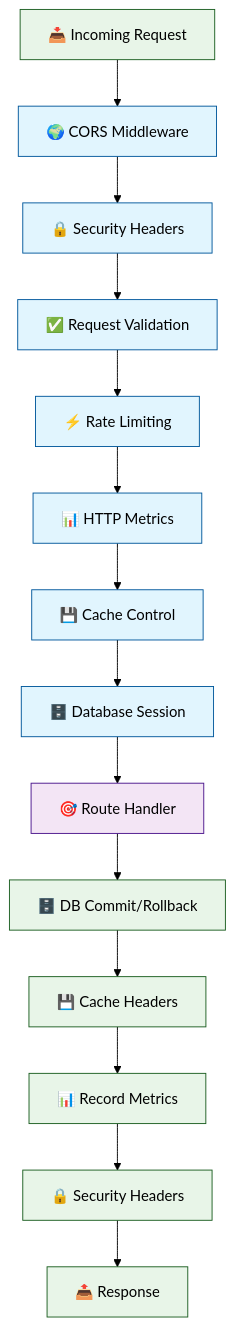
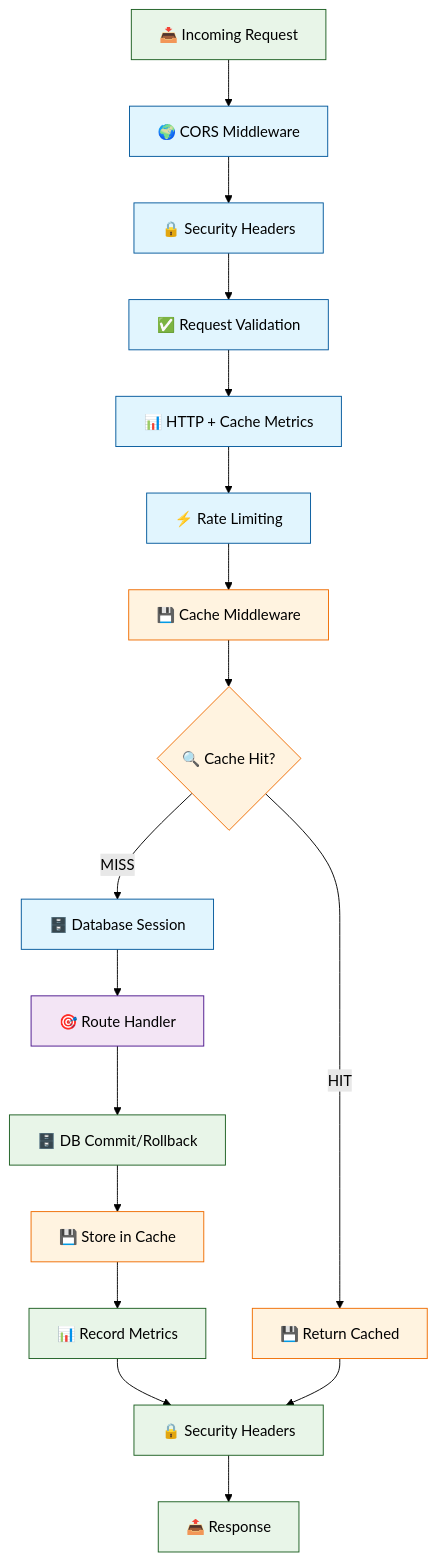
The first of 9 diagrams in gateway/src/middleware/README.md (ZhuchkaTriplesix/ZhuchkaKeyboards), drawn with Mermaid (forest theme) before and after one commit. The commit also changed other lines of this file and 12 other files, not shown here.

````diff
--- a/gateway/src/middleware/README.md
+++ b/gateway/src/middleware/README.md
@@ -7,25 +7,30 @@
 ```mermaid
 graph TD
     Request[📥 Incoming Request] --> CORS[🌍 CORS Middleware]
     CORS --> Security[🔒 Security Headers]
     Security --> Validation[✅ Request Validation]
-    Validation --> RateLimit[⚡ Rate Limiting]
-    RateLimit --> Metrics[📊 HTTP Metrics]
-    Metrics --> Cache[💾 Cache Control]
-    Cache --> Database[🗄️ Database Session]
+    Validation --> Metrics[📊 HTTP + Cache Metrics]
+    Metrics --> RateLimit[⚡ Rate Limiting]
+    RateLimit --> Cache[💾 Cache Middleware]
+    Cache --> CacheCheck{🔍 Cache Hit?}
+    CacheCheck -->|HIT| CacheResponse[💾 Return Cached]
+    CacheCheck -->|MISS| Database[🗄️ Database Session]
     Database --> Handler[🎯 Route Handler]
     
     Handler --> DBResponse[🗄️ DB Commit/Rollback]
-    DBResponse --> CacheResponse[💾 Cache Headers]
-    CacheResponse --> MetricsResponse[📊 Record Metrics]
-    MetricsResponse --> SecurityResponse[🔒 Security Headers]
+    DBResponse --> CacheStore[💾 Store in Cache]
+    CacheStore --> MetricsRecord[📊 Record Metrics]
+    MetricsRecord --> SecurityResponse[🔒 Security Headers]
+    CacheResponse --> SecurityResponse
     SecurityResponse --> Response[📤 Response]
     
     classDef middleware fill:#e1f5fe,stroke:#01579b
     classDef core fill:#f3e5f5,stroke:#4a148c
     classDef flow fill:#e8f5e8,stroke:#1b5e20
+    classDef cache fill:#fff3e0,stroke:#ef6c00
     
-    class CORS,Security,Validation,RateLimit,Metrics,Cache,Database middleware
+    class CORS,Security,Validation,RateLimit,Metrics,Database middleware
     class Handler core
-    class Request,Response,DBResponse,CacheResponse,MetricsResponse,SecurityResponse flow
+    class Cache,CacheCheck,CacheResponse,CacheStore cache
+    class Request,Response,DBResponse,MetricsRecord,SecurityResponse flow
 ```
````
